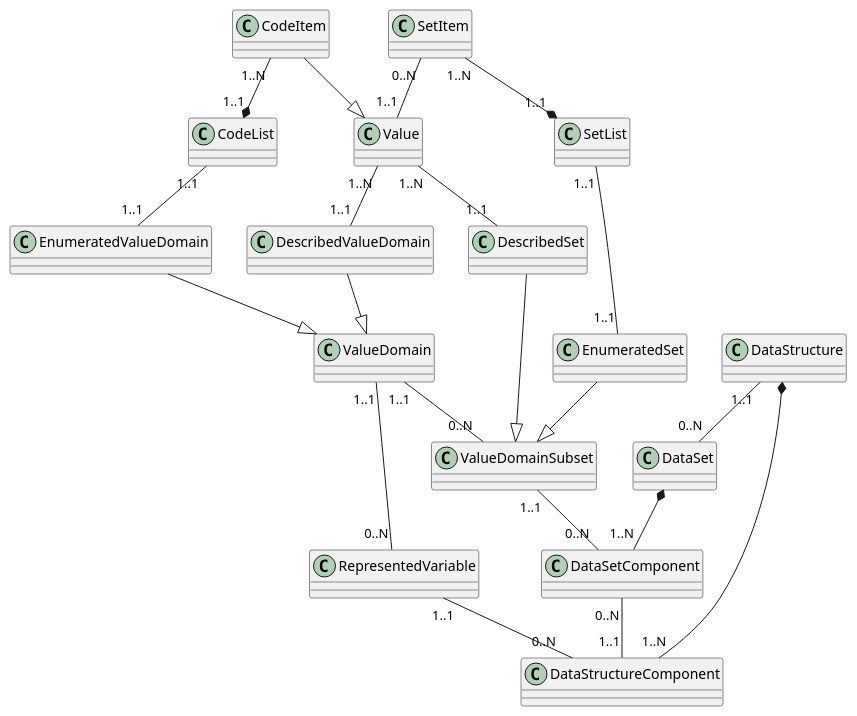
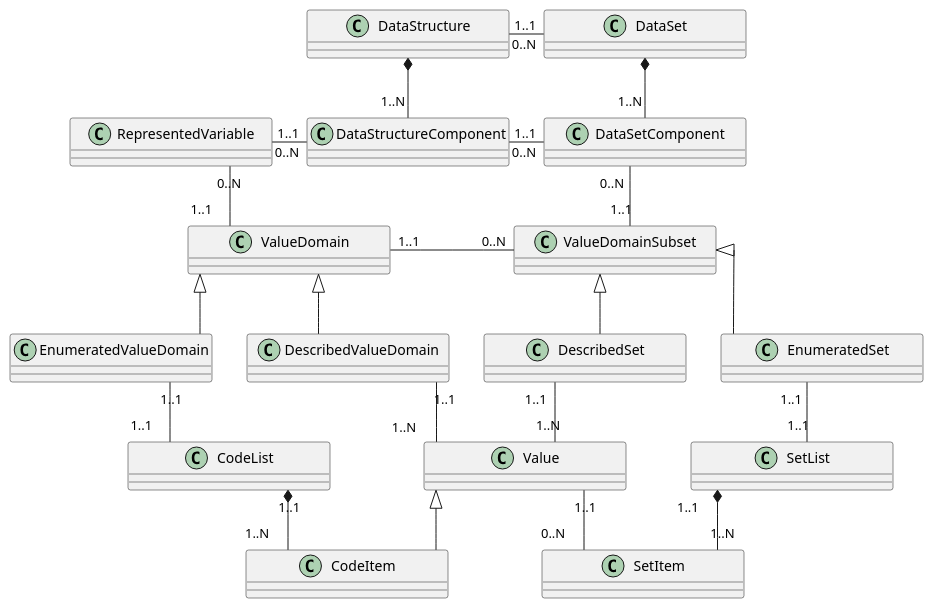
The second of 3 diagrams in sourcedir/test_manual.rst (vpinna80/test_docs), drawn with PlantUML before and after one commit.

Commit message:
plantuml styled

```diff
--- a/sourcedir/test_manual.rst
+++ b/sourcedir/test_manual.rst
@@ -71,29 +71,32 @@
 .. uml::
 
     @startuml
-    SetItem "0..N" -- "1..1" Value
-            SetItem "1..N" --* "1..1" SetList
-            SetList "1..1" -- "1..1" EnumeratedSet
+            skinparam SameClassWidth true
+            skinparam linetype ortho
+
+            SetItem "0..N" -u- "1..1" Value
+            SetItem "1..N" -u-* "1..1" SetList
+            SetList "1..1" -u- "1..1" EnumeratedSet
     
-            CodeItem --|> Value
-            CodeItem "1..N" --* "1..1" CodeList
-            CodeList "1..1" -- "1..1" EnumeratedValueDomain
+            CodeItem -u-|> Value
+            CodeItem "1..N" -u-* "1..1" CodeList
+            CodeList "1..1" -u- "1..1" EnumeratedValueDomain
     
-            Value "1..N" -- "1..1" DescribedValueDomain
-            Value "1..N" -- "1..1" DescribedSet
+            Value "1..N" -u- "1..1" DescribedValueDomain
+            Value "1..N" -u- "1..1" DescribedSet
     
-            DescribedValueDomain --|> ValueDomain
-            EnumeratedValueDomain --|>  ValueDomain
+            DescribedValueDomain -u-|> ValueDomain
+            EnumeratedValueDomain -u-|>  ValueDomain
     
-            EnumeratedSet --|> ValueDomainSubset
-            DescribedSet --|> ValueDomainSubset
-            ValueDomain "1..1" -- "0..N" ValueDomainSubset
-            ValueDomain "1..1" -- "0..N" RepresentedVariable
+            EnumeratedSet -u-|> ValueDomainSubset
+            DescribedSet -u-|> ValueDomainSubset
+            ValueDomain "1..1" -r- "0..N" ValueDomainSubset
+            ValueDomain "1..1" -u- "0..N" RepresentedVariable
     
-            DataStructure "1..1" -- "0..N" DataSet
+            DataStructure "1..1" -r- "0..N" DataSet
             DataStructure *-- "1..N" DataStructureComponent
-            DataSet *-- "1..N" DataSetComponent
-            DataSetComponent "0..N" -- "1..1" DataStructureComponent
-            ValueDomainSubset "1..1" -- "0..N" DataSetComponent
-            RepresentedVariable "1..1" -- "0..N" DataStructureComponent
+            DataSet *-d- "1..N" DataSetComponent
+            DataSetComponent "0..N" -l- "1..1" DataStructureComponent
+            ValueDomainSubset "1..1" -u- "0..N" DataSetComponent
+            RepresentedVariable "1..1" -r- "0..N" DataStructureComponent
     @enduml
```
